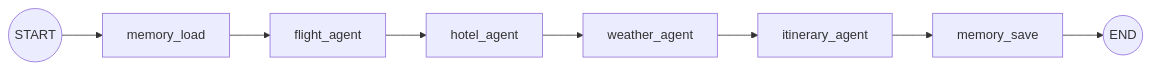
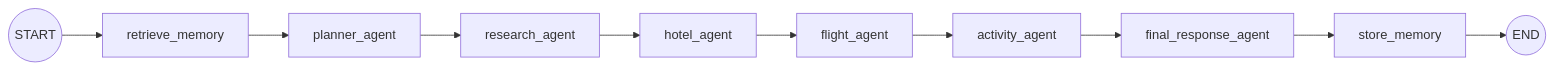
One commit to maniranjan2023/Northline changed the fourth of 4 diagrams in README.md. Above: the diagram before and after it, drawn with Mermaid. The commit also changed other lines of this file and 77 other files, not shown here.

````diff
--- a/README.md
+++ b/README.md
@@ -566,10 +428,12 @@
 ```mermaid
 flowchart LR
-    START((START)) --> ML[memory_load]
-    ML --> FA[flight_agent]
-    FA --> HA[hotel_agent]
-    HA --> WA[weather_agent]
-    WA --> IA[itinerary_agent]
-    IA --> MS[memory_save]
-    MS --> END((END))
+    START((START)) --> RM[retrieve_memory]
+    RM --> PA[planner_agent]
+    PA --> RA[research_agent]
+    RA --> HA[hotel_agent]
+    HA --> FA[flight_agent]
+    FA --> AA[activity_agent]
+    AA --> FR[final_response_agent]
+    FR --> SM[store_memory]
+    SM --> END((END))
 ```
````
